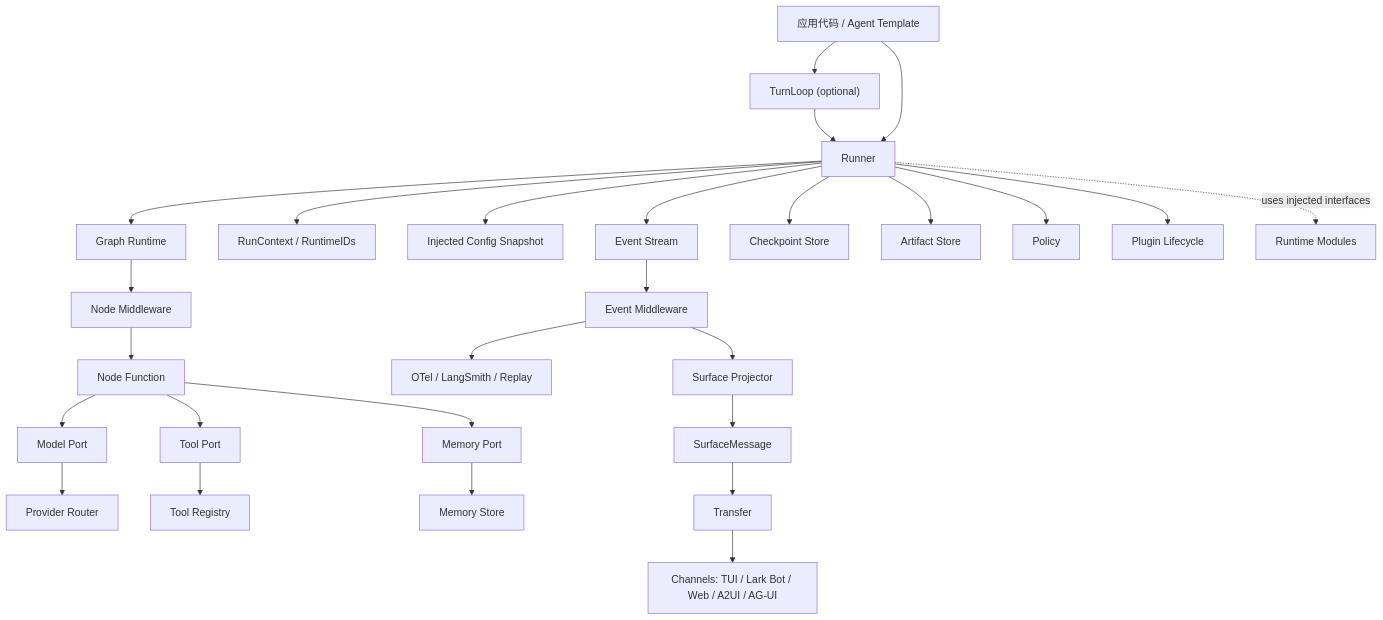
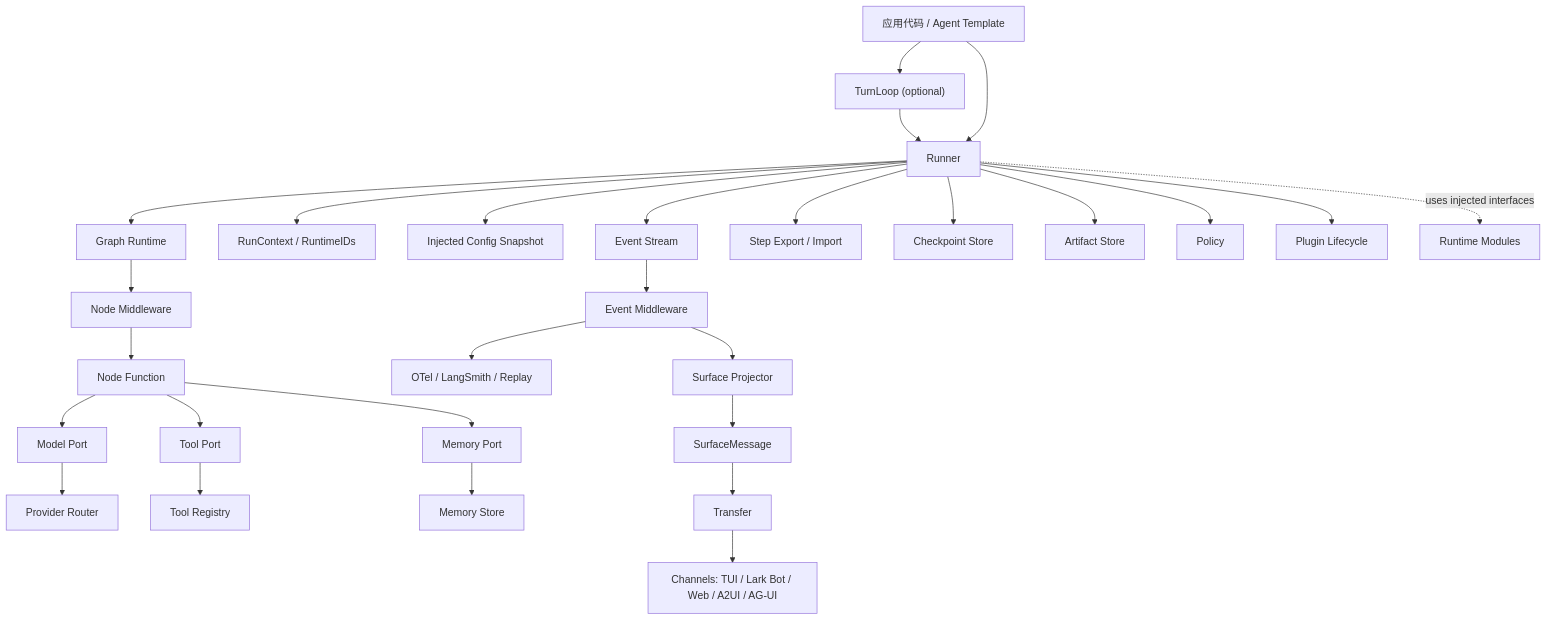
One commit to gopact-ai/gopact changed the first of 8 diagrams in docs/design/index.md. Above: the diagram before and after it, drawn with Mermaid. The commit also changed other lines of this file and 429 other files, not shown here.

````diff
--- a/docs/design/index.md
+++ b/docs/design/index.md
@@ -44,34 +88,35 @@
 ```mermaid
 flowchart TB
   App["应用代码 / Agent Template"] --> TurnLoop["TurnLoop (optional)"]
   TurnLoop --> Runner["Runner"]
   App --> Runner
 
   Runner --> Graph["Graph Runtime"]
   Runner --> Context["RunContext / RuntimeIDs"]
   Runner --> Config["Injected Config Snapshot"]
   Runner --> Events["Event Stream"]
+  Runner --> StepIO["Step Export / Import"]
   Runner --> Checkpoint["Checkpoint Store"]
   Runner --> Artifact["Artifact Store"]
   Runner --> Policy["Policy"]
   Runner --> Plugins["Plugin Lifecycle"]
   Runner -. "uses injected interfaces" .-> Modules["Runtime Modules"]
 
   Graph --> NodeMW["Node Middleware"]
   NodeMW --> Node["Node Function"]
 
   Node --> ModelPort["Model Port"]
   Node --> ToolPort["Tool Port"]
   Node --> MemoryPort["Memory Port"]
 
   ModelPort --> ProviderRouter["Provider Router"]
   ToolPort --> ToolRegistry["Tool Registry"]
   MemoryPort --> Memory["Memory Store"]
 
   Events --> EventMW["Event Middleware"]
   EventMW --> Observability["OTel / LangSmith / Replay"]
   EventMW --> SurfaceProjector["Surface Projector"]
   SurfaceProjector --> SurfaceMessage["SurfaceMessage"]
   SurfaceMessage --> Transfer["Transfer"]
   Transfer --> Channels["Channels: TUI / Lark Bot / Web / A2UI / AG-UI"]
 ```
````
